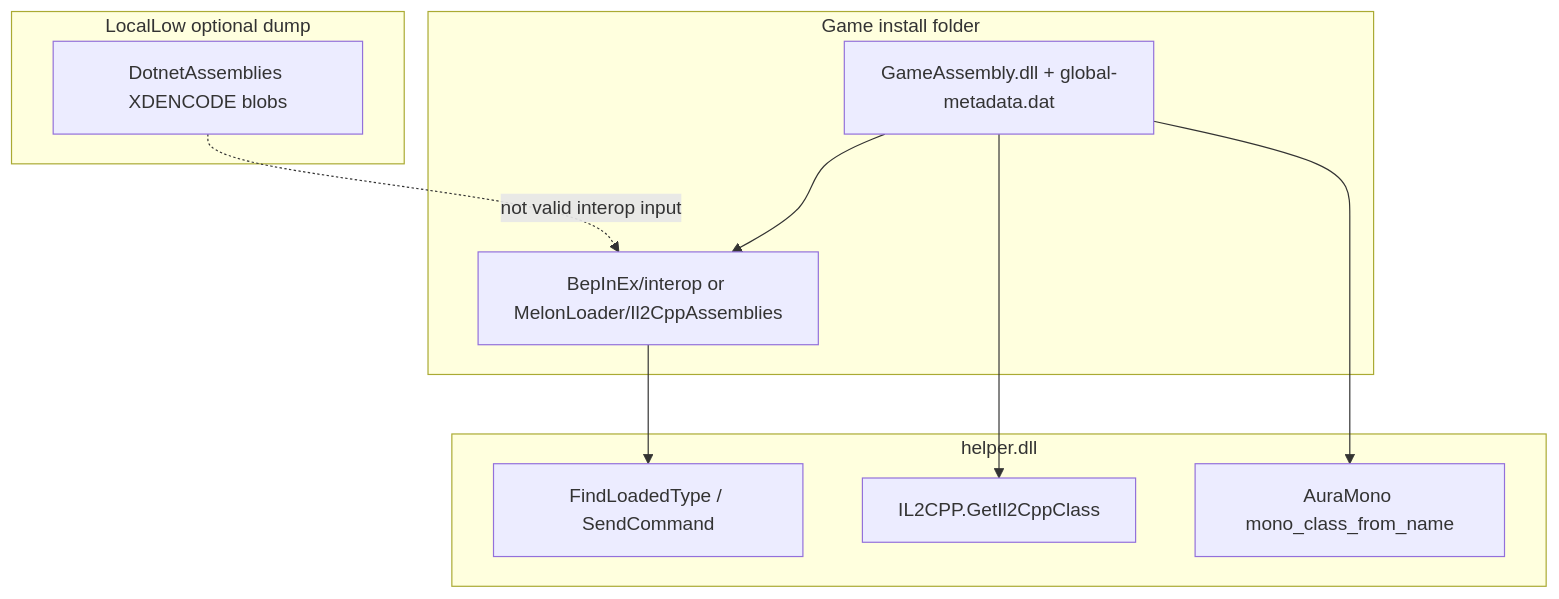
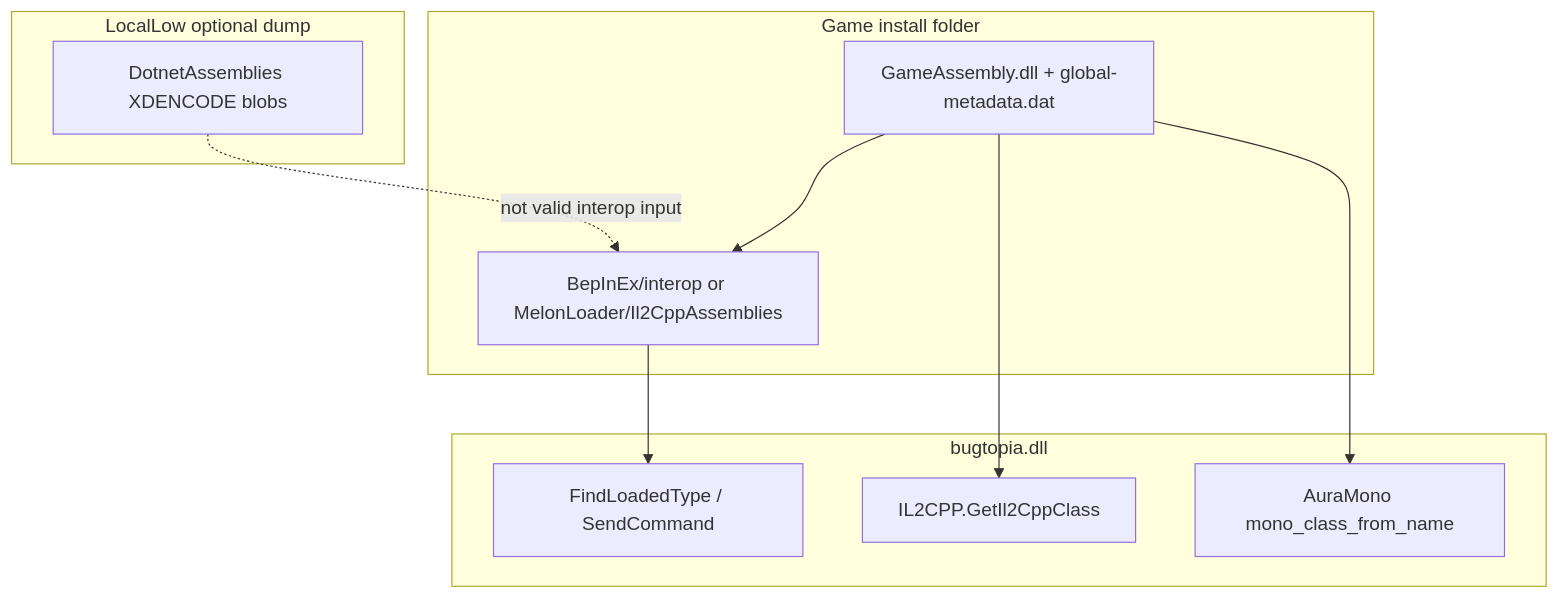
Before and after one commit to baboodev/Bugtopia: the diagram in docs/GAME_ASSEMBLIES_AND_TOOLS.md, drawn with Mermaid. The commit also changed other lines of this file and 31 other files, not shown here.

````diff
--- a/docs/GAME_ASSEMBLIES_AND_TOOLS.md
+++ b/docs/GAME_ASSEMBLIES_AND_TOOLS.md
@@ -21,20 +21,20 @@
 ```mermaid
 flowchart TB
   subgraph install [Game install folder]
     GA[GameAssembly.dll + global-metadata.dat]
     Bep[BepInEx/interop or MelonLoader/Il2CppAssemblies]
     GA --> Bep
   end
   subgraph local [LocalLow optional dump]
     Dot[DotnetAssemblies XDENCODE blobs]
   end
-  subgraph mod [helper.dll]
+  subgraph mod [bugtopia.dll]
     FL[FindLoadedType / SendCommand]
     IL[IL2CPP.GetIl2CppClass]
     AM[AuraMono mono_class_from_name]
   end
   Bep --> FL
   GA --> IL
   GA --> AM
   Dot -.->|not valid interop input| Bep
 ```
````
